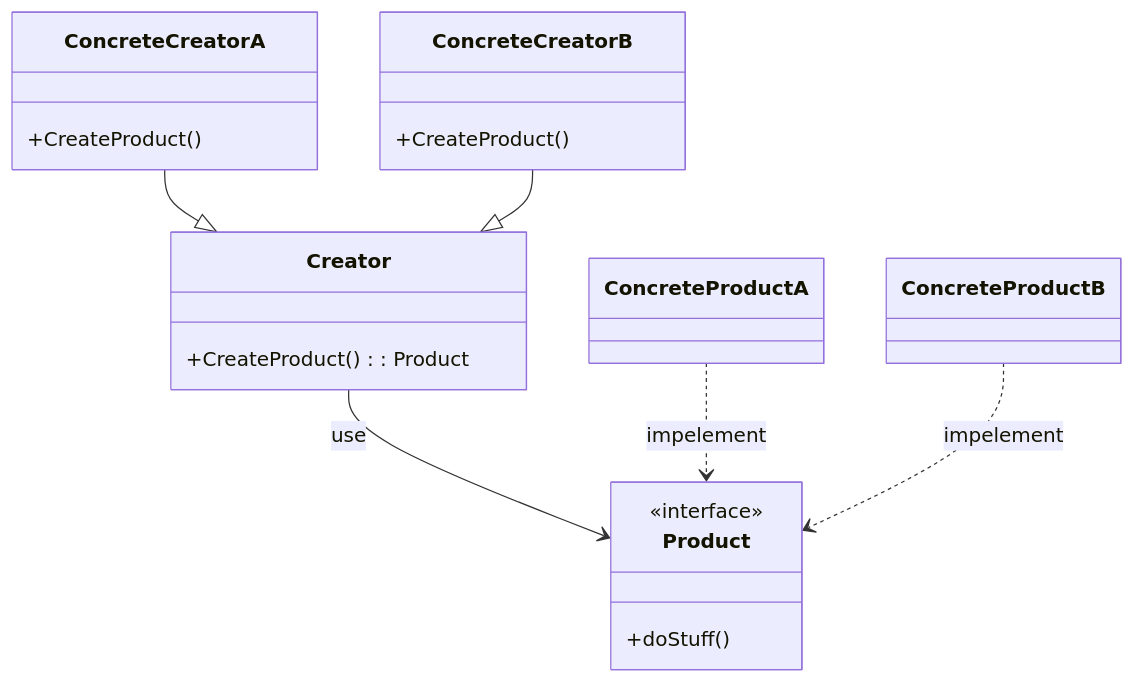
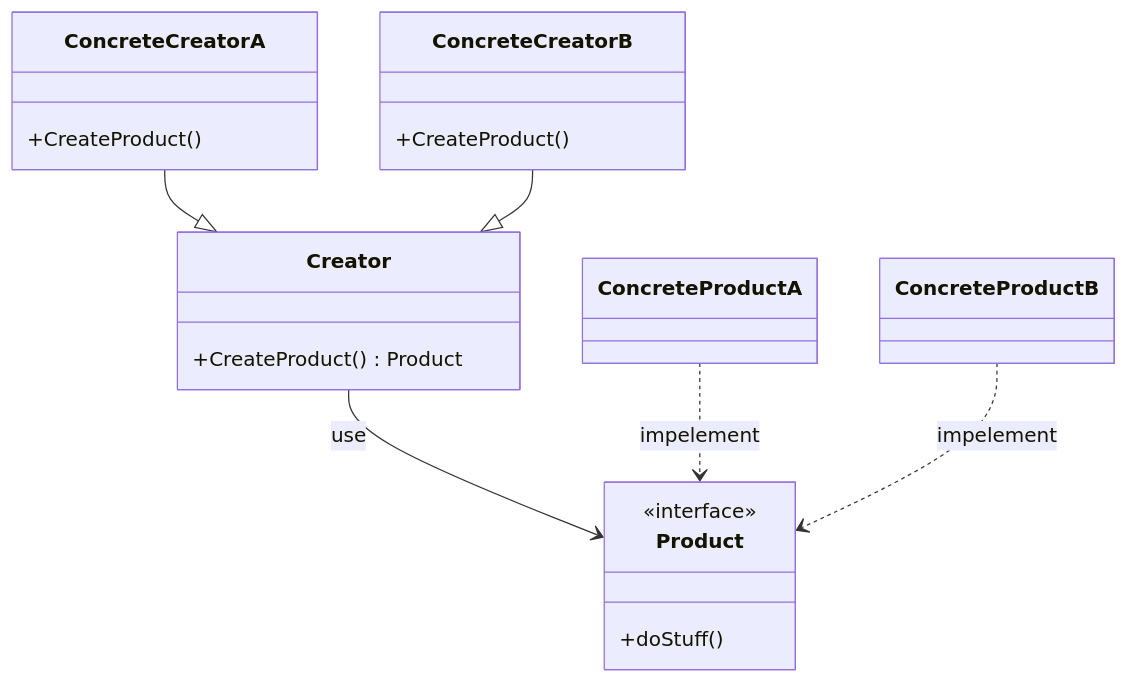
One commit to nahuelDev23/mermaid changed the diagram in readme.md. Above: the diagram before and after it, drawn with Mermaid.

````diff
--- a/readme.md
+++ b/readme.md
@@ -1,33 +1,33 @@
 ```mermaid
 classDiagram
  
  class Creator{
- +CreateProduct() : Product
+ +CreateProduct() Product
  }
  
   class Product{
   +doStuff()
  }
  <<interface>> Product
  
  Creator --> Product : use
  
  class ConcreteProductA 
  class ConcreteProductB 
  
  ConcreteProductA ..> Product : impelement
  ConcreteProductB ..> Product : impelement
  
  class ConcreteCreatorA{
  +CreateProduct()
  }
  
   class ConcreteCreatorB{
  +CreateProduct()
  }
  
  ConcreteCreatorA --|> Creator
  ConcreteCreatorB --|> Creator
 
  
 ```
````
